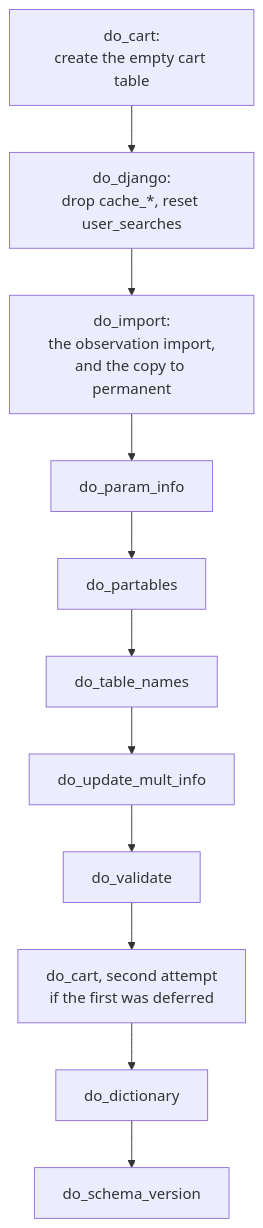
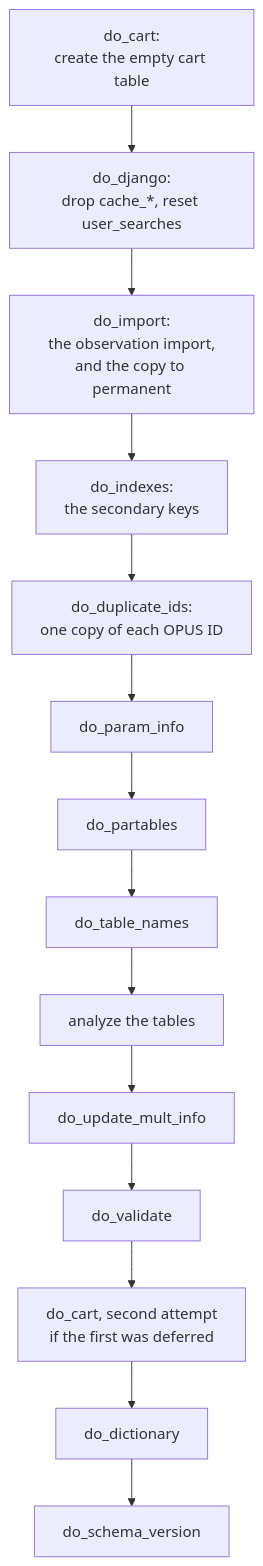
The diagram in docs/dev_guide_import_steps.rst (SETI/rms-opus), drawn with Mermaid before and after one commit. The commit also changed other lines of this file and 67 other files, not shown here.

First line of the commit message:
feat: fresh import a schema directly, with its indexes created once at the end

```diff
--- a/docs/dev_guide_import_steps.rst
+++ b/docs/dev_guide_import_steps.rst
@@ -19,18 +19,21 @@
 .. mermaid::
     :zoom:
 
     flowchart TD
         C1[do_cart:<br/>create the empty cart table]
         C2[do_django:<br/>drop cache_*, reset user_searches]
         I[do_import:<br/>the observation import,<br/>and the copy to permanent]
+        K[do_indexes:<br/>the secondary keys]
+        DU[do_duplicate_ids:<br/>one copy of each OPUS ID]
         P[do_param_info]
         PT[do_partables]
         TN[do_table_names]
+        A[analyze the tables]
         UM[do_update_mult_info]
         V[do_validate]
         C3[do_cart, second attempt<br/>if the first was deferred]
         D[do_dictionary]
         SV[do_schema_version]
 
         C1 --> C2 --> I
-        I --> P --> PT --> TN --> UM --> V --> C3 --> D --> SV
+        I --> K --> DU --> P --> PT --> TN --> A --> UM --> V --> C3 --> D --> SV
```
